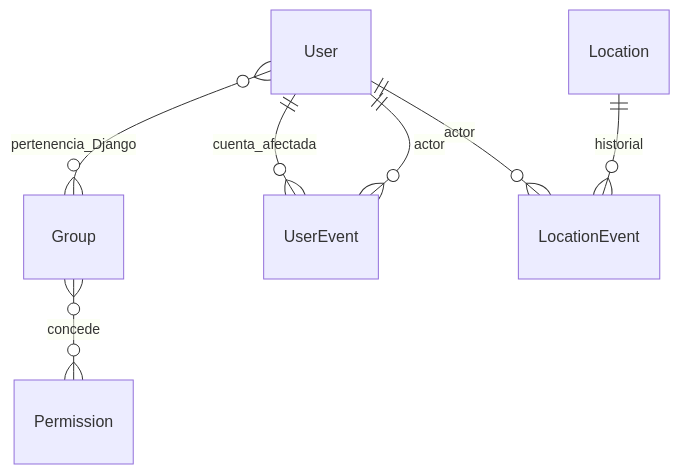
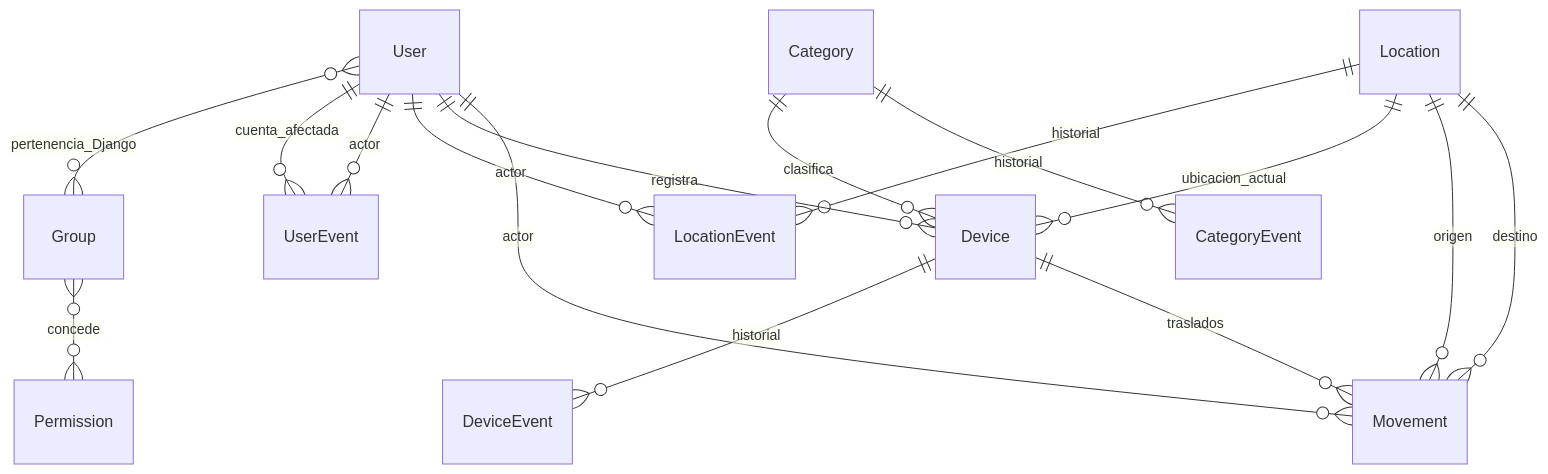
Before and after one commit to JPjocar/bitacora: the diagram in docs/MODELO_DATOS.md, drawn with Mermaid. The commit also changed other lines of this file and 47 other files, not shown here.

````diff
--- a/docs/MODELO_DATOS.md
+++ b/docs/MODELO_DATOS.md
@@ -3,9 +3,18 @@
 ```mermaid
 erDiagram
     User }o--o{ Group : pertenencia_Django
     Group }o--o{ Permission : concede
     User ||--o{ UserEvent : cuenta_afectada
     User ||--o{ UserEvent : actor
     User ||--o{ LocationEvent : actor
     Location ||--o{ LocationEvent : historial
+    Category ||--o{ Device : clasifica
+    Category ||--o{ CategoryEvent : historial
+    Location ||--o{ Device : ubicacion_actual
+    User ||--o{ Device : registra
+    Device ||--o{ DeviceEvent : historial
+    Device ||--o{ Movement : traslados
+    Location ||--o{ Movement : origen
+    Location ||--o{ Movement : destino
+    User ||--o{ Movement : actor
 ```
````
